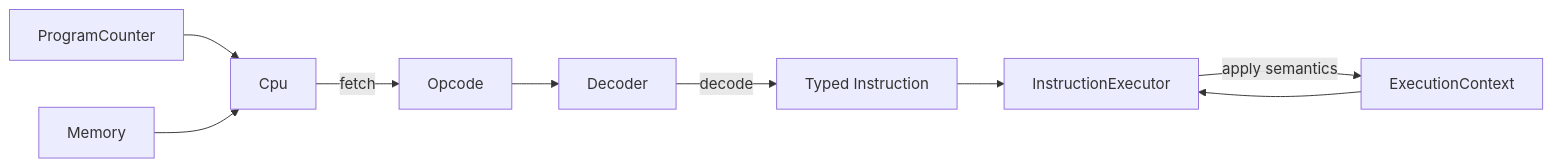
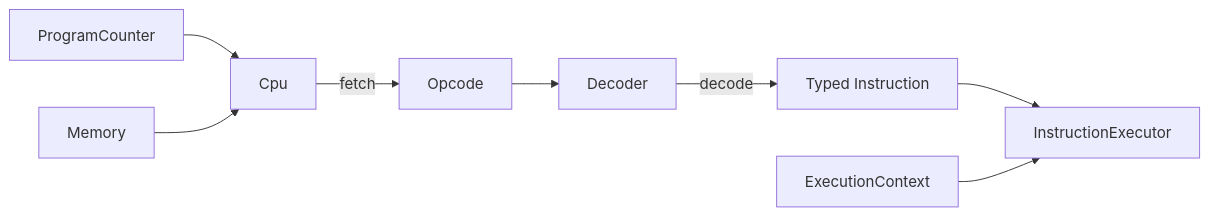
Before and after one commit to fa-ribeiro/Chip8NX: the third of 8 diagrams in docs/architecture/overview.md, drawn with Mermaid. The commit also changed other lines of this file and 4 other files, not shown here.

````diff
--- a/docs/architecture/overview.md
+++ b/docs/architecture/overview.md
@@ -145,20 +138,19 @@
 ```mermaid
 flowchart LR
     PC["ProgramCounter"]
     Memory["Memory"]
     Cpu["Cpu"]
     Opcode["Opcode"]
     Decoder["Decoder"]
     Instruction["Typed Instruction"]
     Executor["InstructionExecutor"]
     Context["ExecutionContext"]
 
     PC --> Cpu
     Memory --> Cpu
     Cpu -->|"fetch"| Opcode
     Opcode --> Decoder
     Decoder -->|"decode"| Instruction
     Instruction --> Executor
     Context --> Executor
-    Executor -->|"apply semantics"| Context
 ```
````
